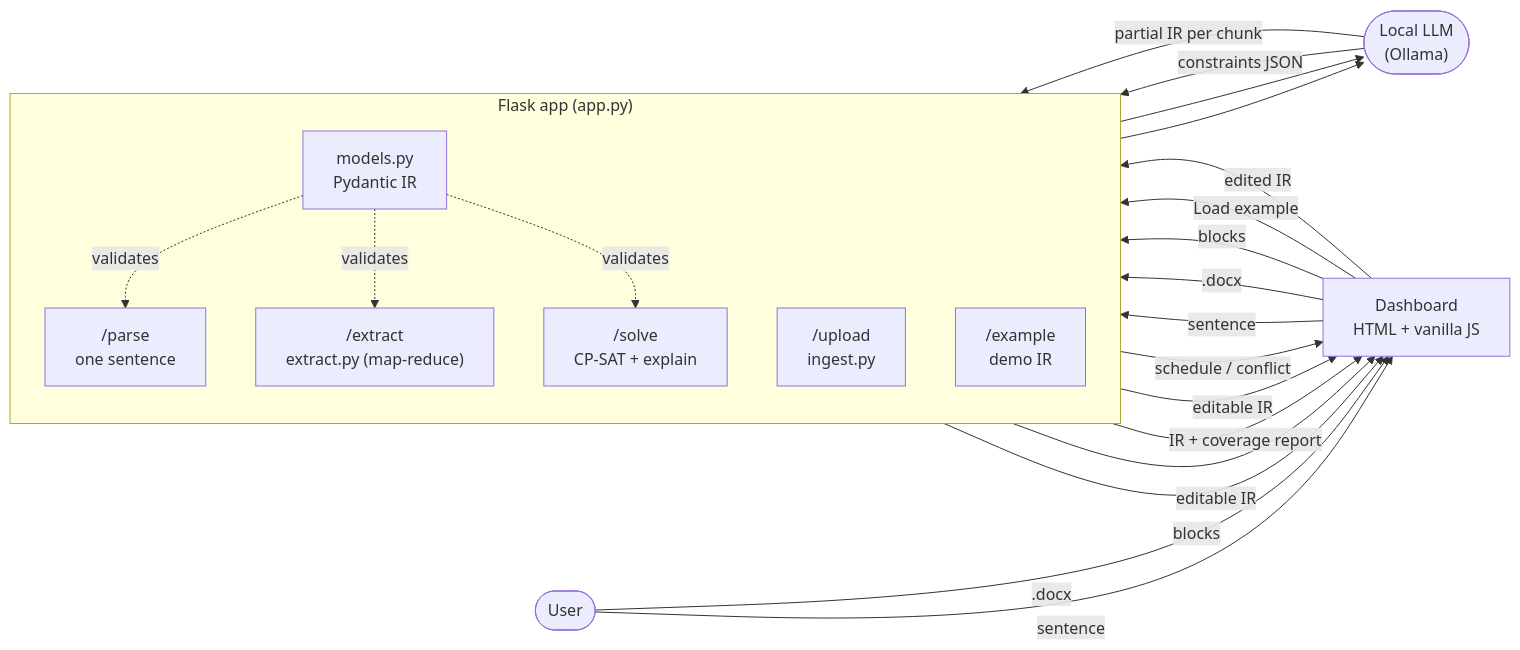
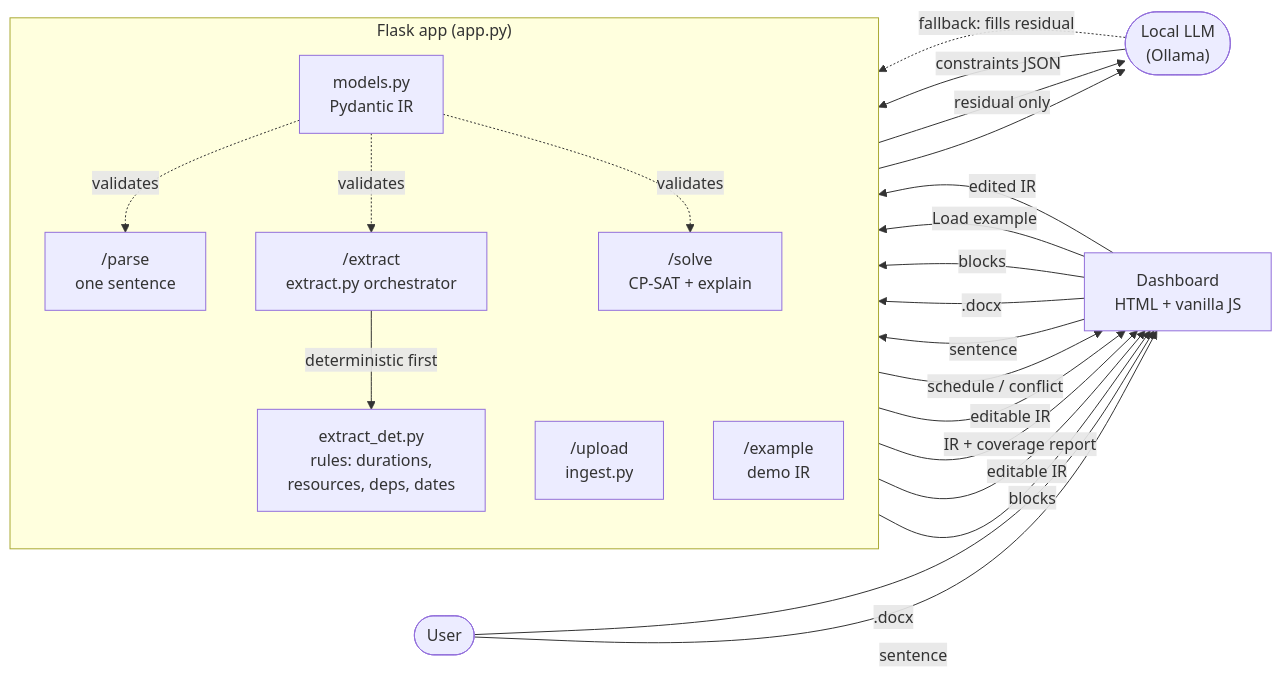
Before and after one commit to henryqpham/CP-SAT-PROJECT: the diagram in README.md, drawn with Mermaid. The commit also changed other lines of this file and 10 other files, not shown here.

Commit message:
Deterministic-first document extraction

````diff
--- a/README.md
+++ b/README.md
@@ -32,30 +35,32 @@
 ```mermaid
 flowchart LR
     U(["User"]) -->|sentence| FE["Dashboard<br/>HTML + vanilla JS"]
     U -->|".docx"| FE
 
     subgraph FLASK["Flask app (app.py)"]
         direction TB
         PARSE["/parse<br/>one sentence"]
         UPLOAD["/upload<br/>ingest.py"]
-        EXTRACT["/extract<br/>extract.py (map-reduce)"]
+        EXTRACT["/extract<br/>extract.py orchestrator"]
+        DET["extract_det.py<br/>rules: durations,<br/>resources, deps, dates"]
         SOLVE["/solve<br/>CP-SAT + explain"]
         EXAMPLE["/example<br/>demo IR"]
         MODELS["models.py<br/>Pydantic IR"]
     end
 
     LLM(["Local LLM<br/>(Ollama)"])
 
     FE -->|sentence| PARSE --> LLM
     FE -->|".docx"| UPLOAD -->|blocks| FE
-    FE -->|blocks| EXTRACT --> LLM
+    FE -->|blocks| EXTRACT -->|deterministic first| DET
+    DET -->|residual only| LLM
     LLM -->|constraints JSON| PARSE
-    LLM -->|partial IR per chunk| EXTRACT
+    LLM -.->|"fallback: fills residual"| EXTRACT
     PARSE -->|editable IR| FE
     EXTRACT -->|"IR + coverage report"| FE
     FE -->|"Load example"| EXAMPLE -->|editable IR| FE
     FE -->|edited IR| SOLVE -->|schedule / conflict| FE
     MODELS -.validates.-> PARSE
     MODELS -.validates.-> EXTRACT
     MODELS -.validates.-> SOLVE
 ```
````
